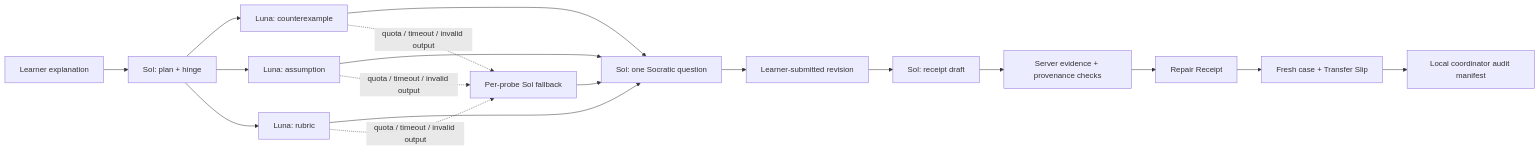
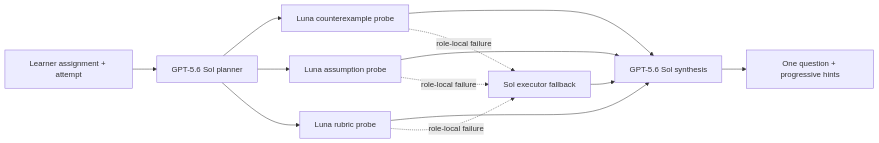
The diagram in README.md (FusionCube18712/reasonpatch), drawn with Mermaid before and after one commit. The commit also changed other lines of this file and 2 other files, not shown here.

Commit message:
docs: describe local-only v2 workflow

````diff
--- a/README.md
+++ b/README.md
@@ -34,20 +27,15 @@
 ```mermaid
 flowchart LR
-    A["Learner explanation"] --> B["Sol: plan + hinge"]
-    B --> C1["Luna: counterexample"]
-    B --> C2["Luna: assumption"]
-    B --> C3["Luna: rubric"]
-    C1 --> D["Sol: one Socratic question"]
+    A["Learner assignment + attempt"] --> B["GPT-5.6 Sol planner"]
+    B --> C1["Luna counterexample probe"]
+    B --> C2["Luna assumption probe"]
+    B --> C3["Luna rubric probe"]
+    C1 --> D["GPT-5.6 Sol synthesis"]
     C2 --> D
     C3 --> D
-    D --> E["Learner-submitted revision"]
-    E --> F["Sol: receipt draft"]
-    F --> G["Server evidence + provenance checks"]
-    G --> H["Repair Receipt"]
-    H --> I["Fresh case + Transfer Slip"]
-    I --> J["Local coordinator audit manifest"]
-    C1 -. "quota / timeout / invalid output" .-> S["Per-probe Sol fallback"]
-    C2 -. "quota / timeout / invalid output" .-> S
-    C3 -. "quota / timeout / invalid output" .-> S
-    S --> D
+    C1 -. "role-local failure" .-> F["Sol executor fallback"]
+    C2 -. "role-local failure" .-> F
+    C3 -. "role-local failure" .-> F
+    F --> D
+    D --> E["One question + progressive hints"]
 ```
````
